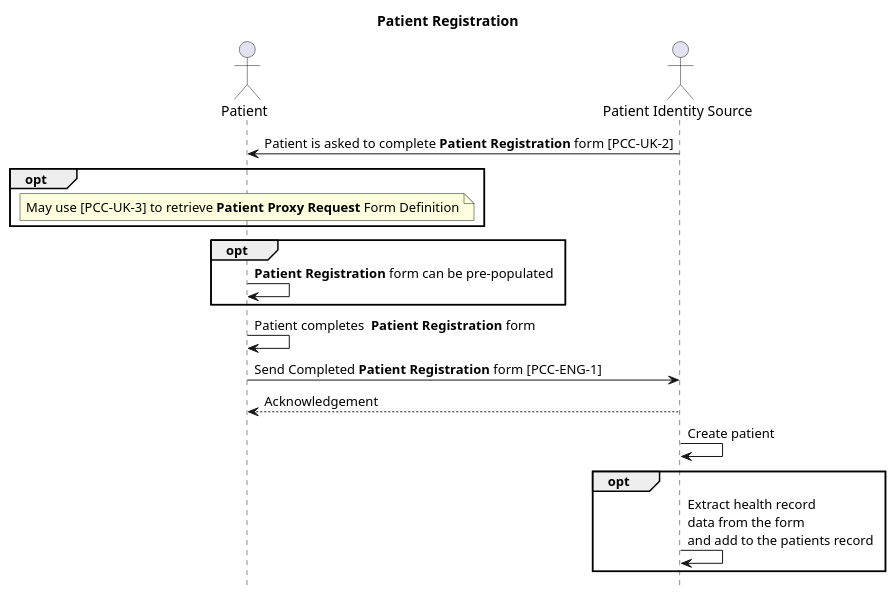
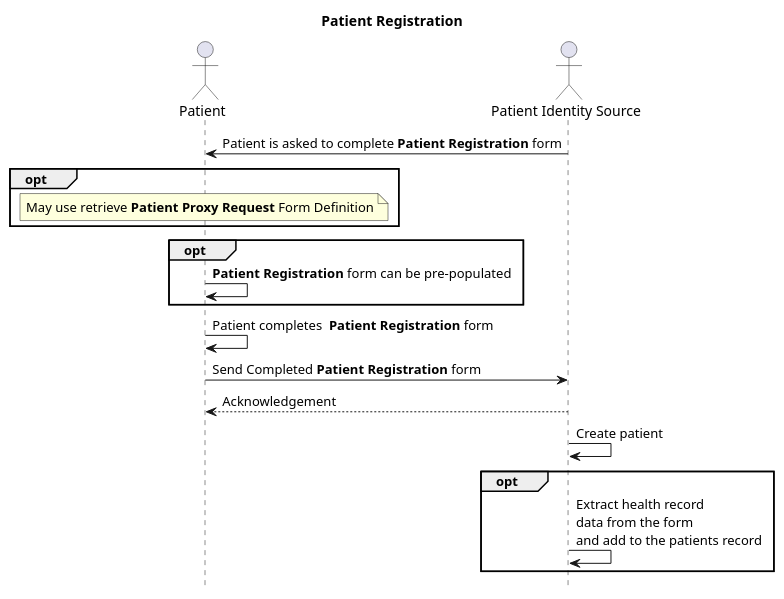
Before and after one commit to NHSDigital/IOPS-FHIR-Simplifier-Backup: the diagram in NHSEnglandProgrammeImplementationGuides/backup/guides/NHS-England-Demographics-Implementation-Guide/Home/Use-Cases/Patient-Registration/Actors-Transactions-and-Content-Modules.page.md, drawn with PlantUML. The commit also changed 40 other files, not shown here.

```diff
--- a/NHSEnglandProgrammeImplementationGuides/backup/guides/NHS-England-Demographics-Implementation-Guide/Home/Use-Cases/Patient-Registration/Actors-Transactions-and-Content-Modules.page.md
+++ b/NHSEnglandProgrammeImplementationGuides/backup/guides/NHS-England-Demographics-Implementation-Guide/Home/Use-Cases/Patient-Registration/Actors-Transactions-and-Content-Modules.page.md
@@ -17,24 +17,24 @@
 @startuml
 
 hide footbox
 
 title Patient Registration
 
 actor "Patient" as patient
 actor "Patient Identity Source" as source
 
-source -> patient: Patient is asked to complete **Patient Registration** form [PCC-UK-2]
+source -> patient: Patient is asked to complete **Patient Registration** form
 opt
-note over patient: May use [PCC-UK-3] to retrieve **Patient Proxy Request** Form Definition
+note over patient: May use retrieve **Patient Proxy Request** Form Definition
 end
 opt
   patient -> patient: **Patient Registration** form can be pre-populated
 end
 patient -> patient : Patient completes  **Patient Registration** form
-patient -> source: Send Completed **Patient Registration** form [PCC-ENG-1]
+patient -> source: Send Completed **Patient Registration** form
 source --> patient: Acknowledgement
 source -> source: Create patient
 opt
 source -> source: Extract health record\ndata from the form \nand add to the patients record
 end
 @enduml
```
